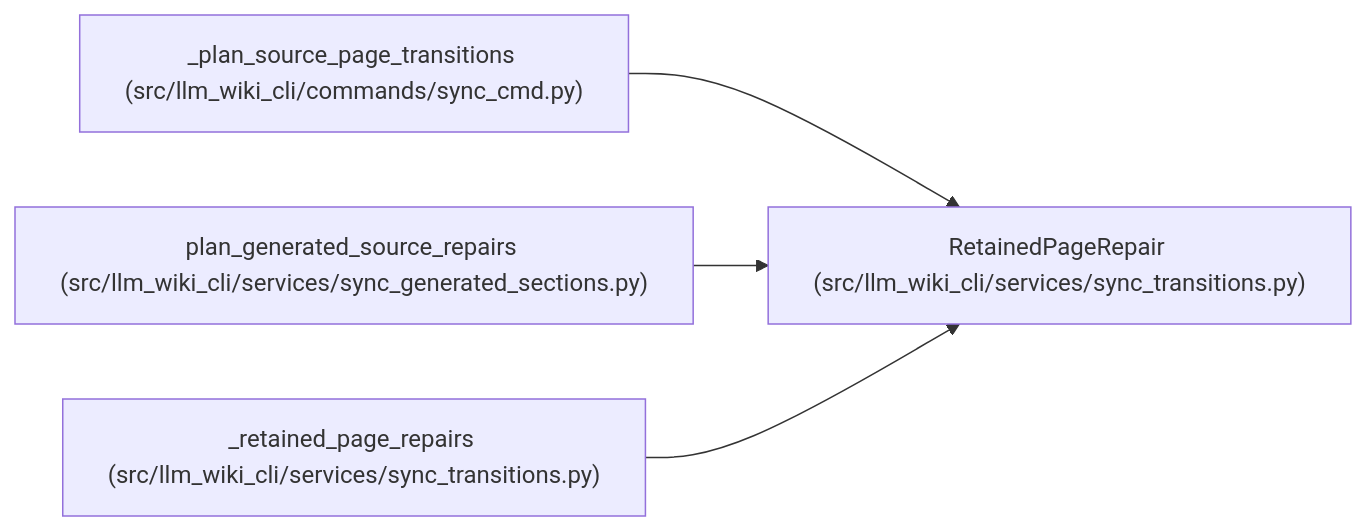
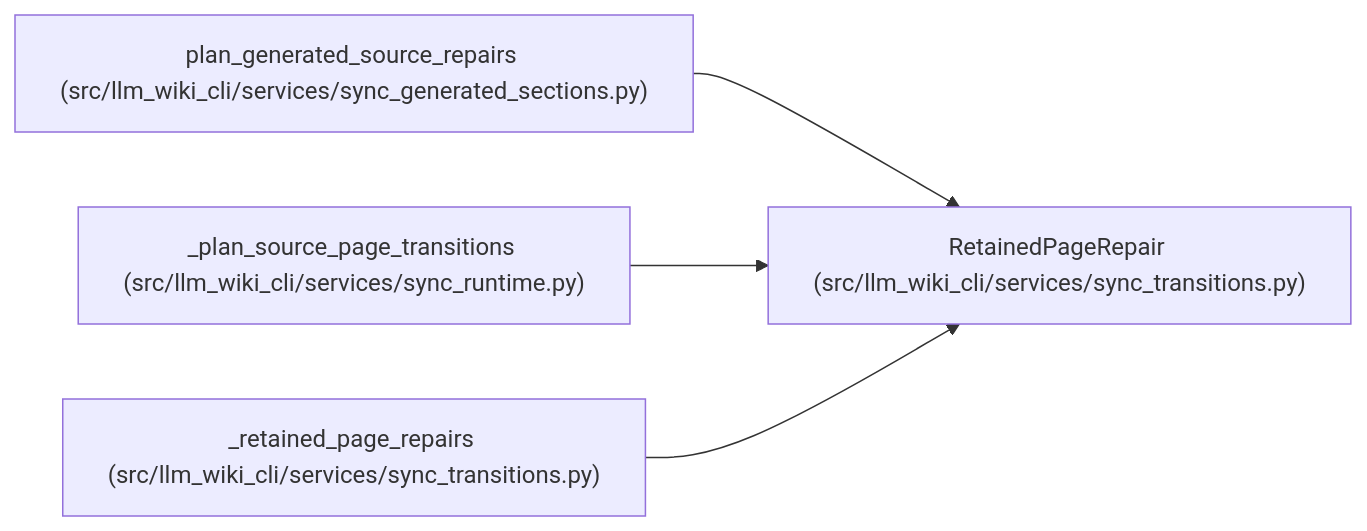
Before and after one commit to Denissvgn/python-wiki-llm: the diagram in docs/llm_wiki/entities/RetainedPageRepair.md, drawn with Mermaid. The commit also changed other lines of this file and 1555 other files, not shown here.

````diff
--- a/docs/llm_wiki/entities/RetainedPageRepair.md
+++ b/docs/llm_wiki/entities/RetainedPageRepair.md
@@ -31,14 +31,14 @@
 ```mermaid
 flowchart LR
     n0["RetainedPageRepair (src/llm_wiki_cli/services/sync_transitions.py)"]
-    n1["_plan_source_page_transitions (src/llm_wiki_cli/commands/sync_cmd.py)"]
-    n2["plan_generated_source_repairs (src/llm_wiki_cli/services/sync_generated_sections.py)"]
+    n1["plan_generated_source_repairs (src/llm_wiki_cli/services/sync_generated_sections.py)"]
+    n2["_plan_source_page_transitions (src/llm_wiki_cli/services/sync_runtime.py)"]
     n3["_retained_page_repairs (src/llm_wiki_cli/services/sync_transitions.py)"]
     n1 --> n0
     n2 --> n0
     n3 --> n0
     click n0 "../modules/sync_transitions.md"
-    click n1 "../modules/sync_cmd.md"
-    click n2 "../modules/sync_generated_sections.md"
+    click n1 "../modules/sync_generated_sections.md"
+    click n2 "../modules/sync_runtime.md"
     click n3 "../modules/sync_transitions.md"
 ```
````
